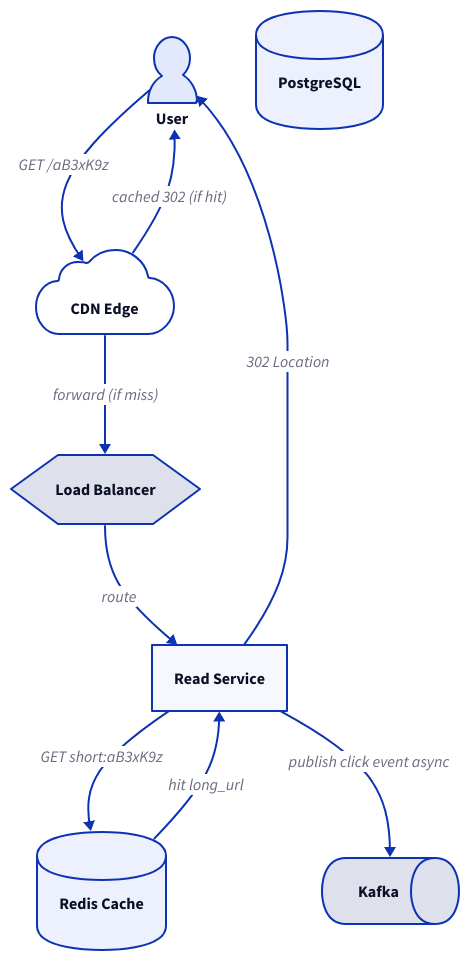
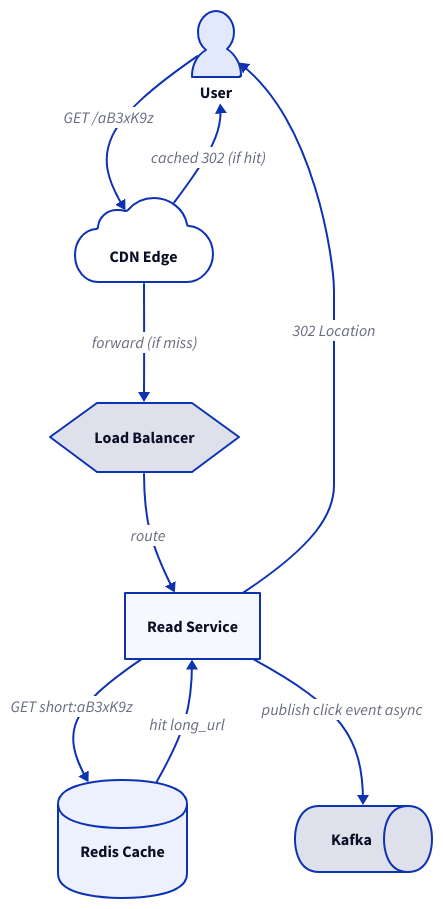
The second of 5 diagrams in docs/system-design/problems/01-url-shortener.md (cyberstoneac/dsa_docs), drawn with D2 before and after one commit. The commit also changed 32 other files, not shown here.

````diff
--- a/docs/system-design/problems/01-url-shortener.md
+++ b/docs/system-design/problems/01-url-shortener.md
@@ -415,20 +415,19 @@
 ```d2
 direction: down
 
 user: User {shape: person}
 cdn: "CDN Edge" {shape: cloud}
 lb: "Load Balancer" {shape: hexagon}
 rs: "Read Service" {shape: rectangle}
 cache: "Redis Cache" {shape: cylinder}
-db: "PostgreSQL" {shape: cylinder}
 kafka: "Kafka" {shape: queue}
 
 user -> cdn: GET /aB3xK9z
 cdn -> user: cached 302 (if hit)
 cdn -> lb: forward (if miss)
 lb -> rs: route
 rs -> cache: GET short:aB3xK9z
 cache -> rs: hit long_url
 rs -> kafka: publish click event async
 rs -> user: 302 Location
 ```
````
